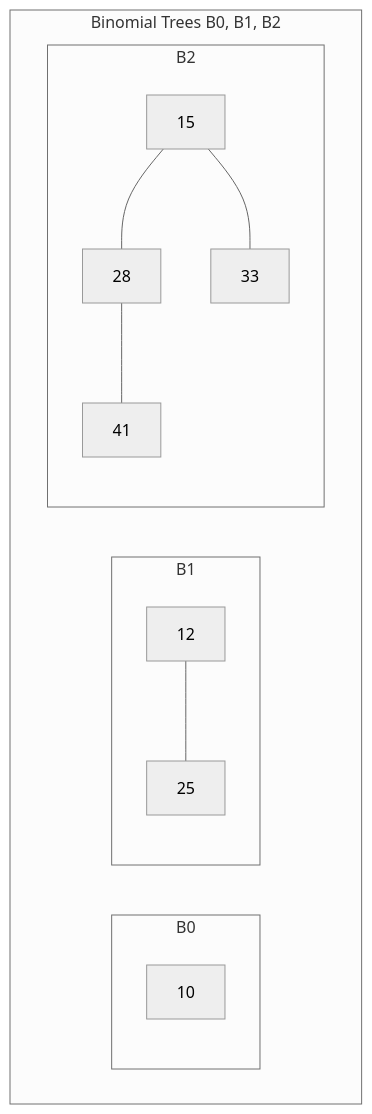
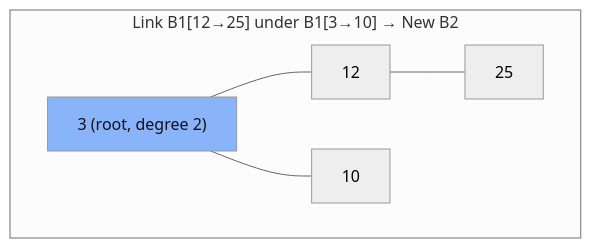
Diagram 12 of 18 in notes/design_and_analysis_of_algorithms/Unit_04_Advanced_Data_Structures.md (DeepLumiere/DeepSkills), drawn with Mermaid (neutral theme) before and after one commit. The commit also changed other lines of this file, not shown here.

````diff
--- a/notes/design_and_analysis_of_algorithms/Unit_04_Advanced_Data_Structures.md
+++ b/notes/design_and_analysis_of_algorithms/Unit_04_Advanced_Data_Structures.md
@@ -371,31 +497,8 @@
 ```mermaid
-
 flowchart TD
-
-    subgraph "Binomial Trees B0, B1, B2"
-
-        subgraph "B0"
-
-            r0[10]
-
-        end
-
-        subgraph "B1"
-
-            r1[12] --- c11[25]
-
-        end
-
-        subgraph "B2"
-
-            r2[15] --- c21[28]
-
-            r2 --- c22[33]
-
-            c21 --- c211[41]
-
-        end
-
+    subgraph "Link B1[12→25] under B1[3→10] → New B2"
+        nr["3 (root, degree 2)"] --- c1["12"] --- gc1["25"]
+        nr --- c2["10"]
+        style nr fill:#89b4fa,color:#11111b
     end
-
 ```
````
